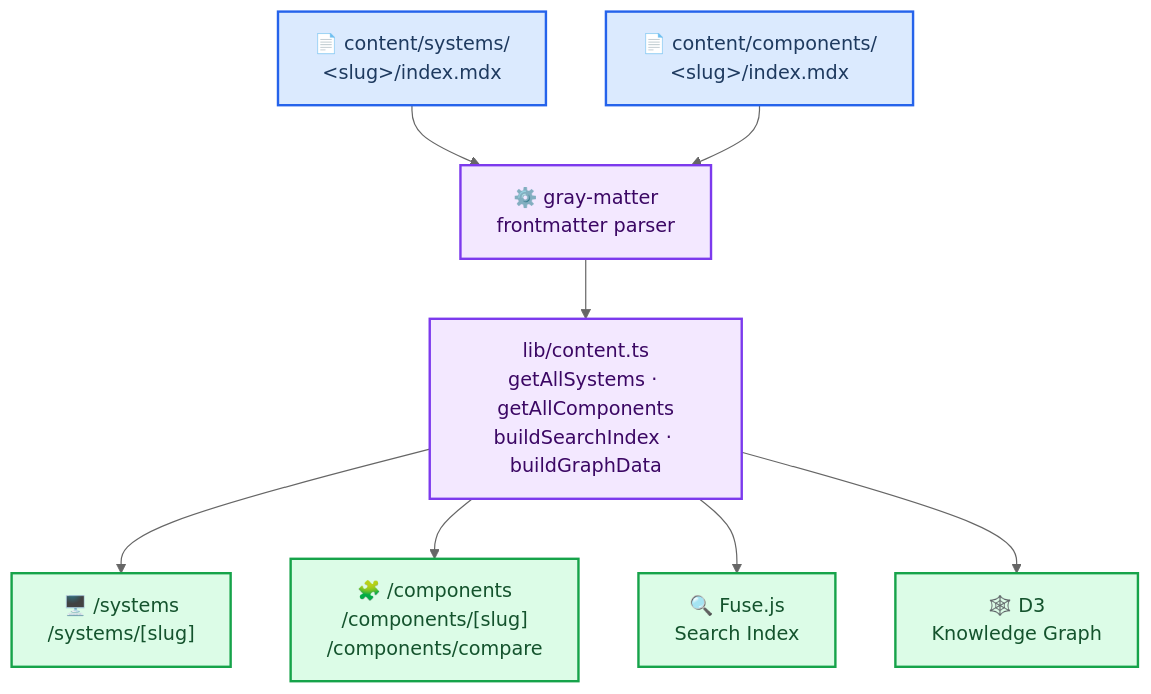
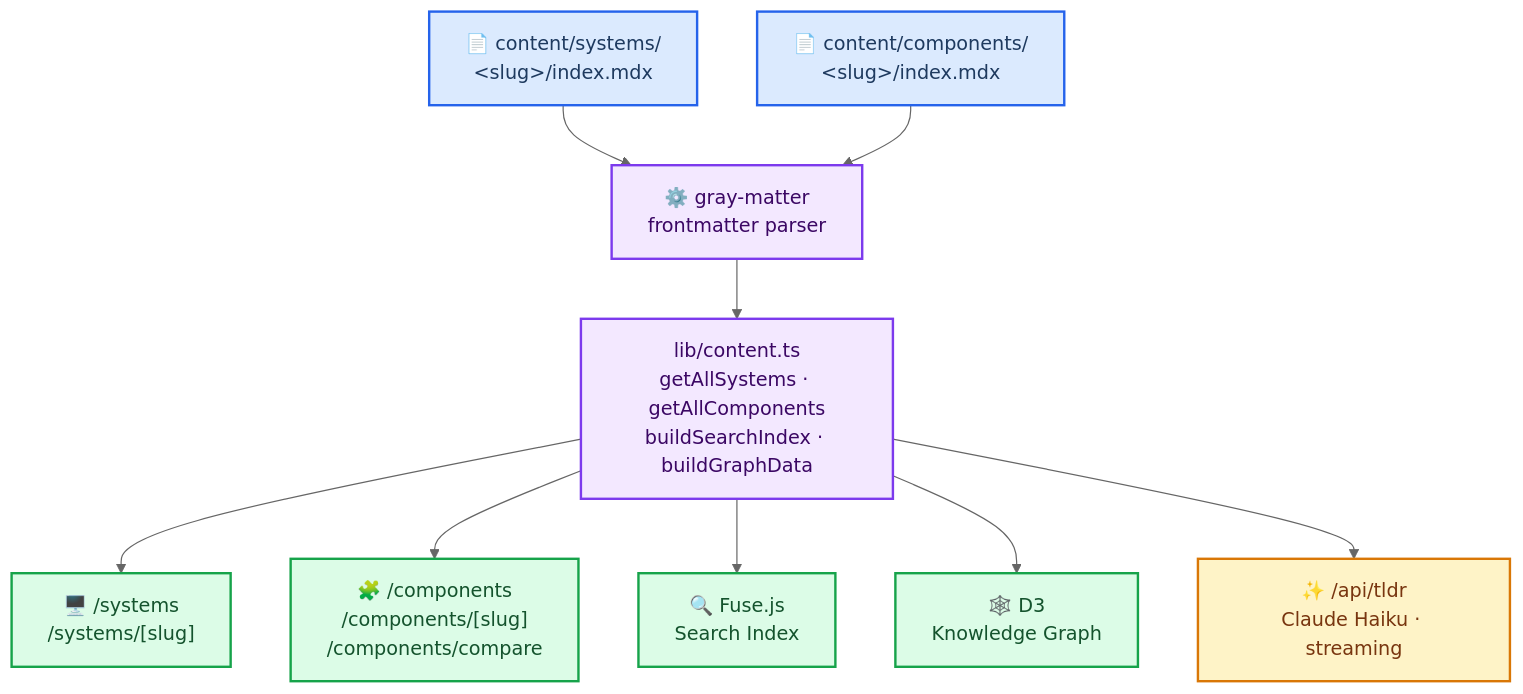
Before and after one commit to thatpratik/system-design: the first of 4 diagrams in README.md, drawn with Mermaid (neutral theme). The commit also changed other lines of this file, not shown here.

Commit message:
Update README to include environment variables and AI TLDR feature details

````diff
--- a/README.md
+++ b/README.md
@@ -64,27 +76,30 @@
 ```mermaid
 flowchart TD
     accTitle: Content Pipeline Architecture
     accDescr: MDX files are parsed at build time by gray-matter, processed through lib/content.ts, and power four output surfaces: system pages, component pages, the Fuse.js search index, and the D3 knowledge graph.
 
     mdx_systems["📄 content/systems/\n&lt;slug&gt;/index.mdx"]
     mdx_components["📄 content/components/\n&lt;slug&gt;/index.mdx"]
     parser["⚙️ gray-matter\nfrontmatter parser"]
     content_ts["lib/content.ts\ngetAllSystems · getAllComponents\nbuildSearchIndex · buildGraphData"]
 
     mdx_systems --> parser
     mdx_components --> parser
     parser --> content_ts
 
     content_ts --> systems_page["🖥️ /systems\n/systems/[slug]"]
     content_ts --> components_page["🧩 /components\n/components/[slug]\n/components/compare"]
     content_ts --> search_idx["🔍 Fuse.js\nSearch Index"]
     content_ts --> graph_data["🕸️ D3\nKnowledge Graph"]
+    content_ts --> tldr_api["✨ /api/tldr\nClaude Haiku · streaming"]
 
     classDef file fill:#dbeafe,stroke:#2563eb,stroke-width:2px,color:#1e3a5f
     classDef lib fill:#f3e8ff,stroke:#7c3aed,stroke-width:2px,color:#3b0764
     classDef page fill:#dcfce7,stroke:#16a34a,stroke-width:2px,color:#14532d
+    classDef api fill:#fef3c7,stroke:#d97706,stroke-width:2px,color:#78350f
 
     class mdx_systems,mdx_components file
     class parser,content_ts lib
     class systems_page,components_page,search_idx,graph_data page
+    class tldr_api api
 ```
````
